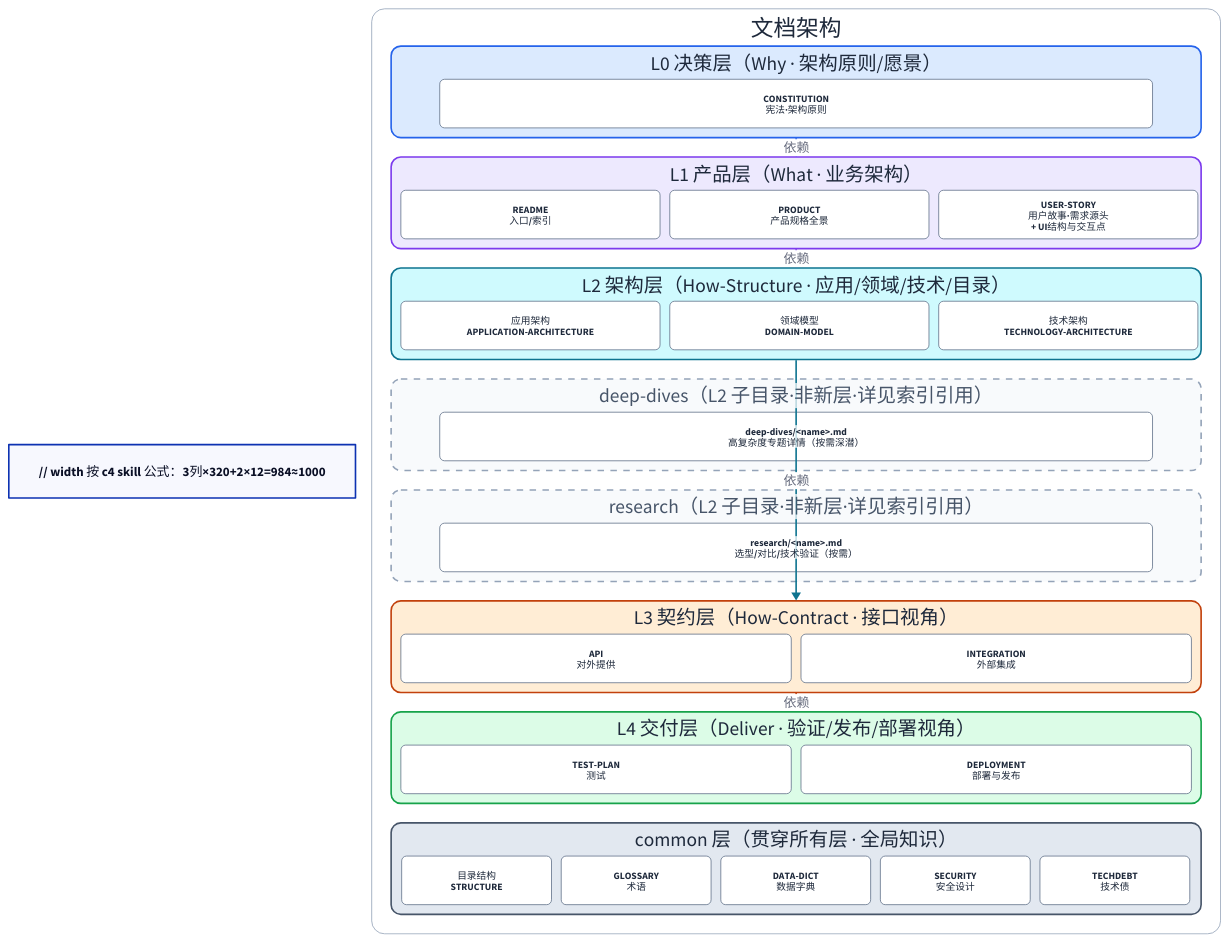
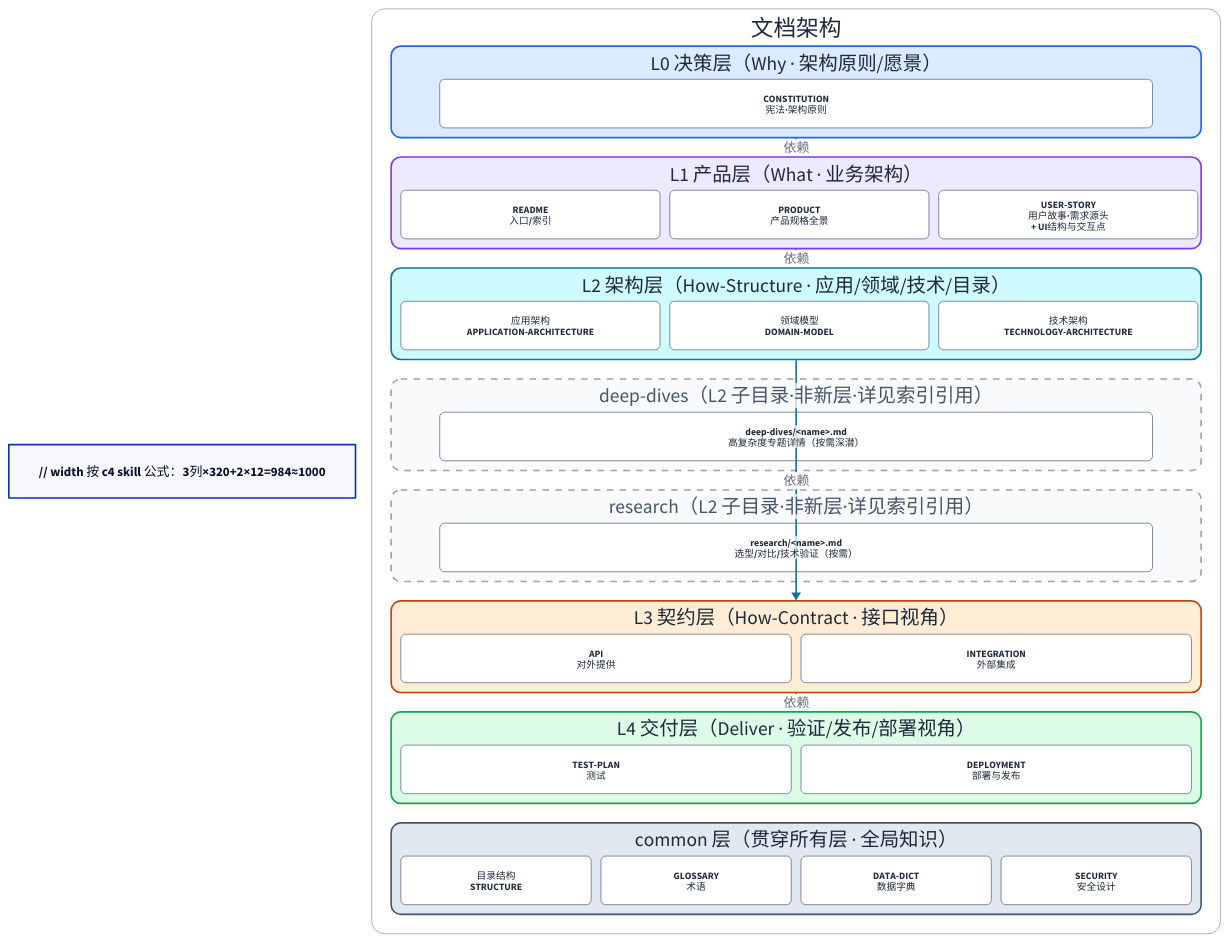
One commit to syllr/skills changed the diagram in skills/doc-arch-rules/references/templates/CONSTITUTION.md. Above: the diagram before and after it, drawn with D2. The commit also changed other lines of this file and 22 other files, not shown here.

First line of the commit message:
feat(doc-arch-rules): 全量质量评分修复 + 补 DATA-DICTIONARY/SECURITY 模板，发布 v0.0.1

```diff
--- a/skills/doc-arch-rules/references/templates/CONSTITUTION.md
+++ b/skills/doc-arch-rules/references/templates/CONSTITUTION.md
@@ -384,13 +386,12 @@
     style.stroke: "#475569"
     style.stroke-width: 2
     style.border-radius: 12
-    grid-columns: 5
+    grid-columns: 4
     grid-gap: 12
-    d11: { label: "目录结构\nSTRUCTURE"; width: 185; height: 60; class: mod }
-    d16: { label: "GLOSSARY\n术语"; width: 185; height: 60; class: mod }
-    d17: { label: "DATA-DICT\n数据字典"; width: 185; height: 60; class: mod }
-    d18: { label: "SECURITY\n安全设计"; width: 185; height: 60; class: mod }
-    d19: { label: "TECHDEBT\n技术债"; width: 185; height: 60; class: mod }
+    d11: { label: "目录结构\nSTRUCTURE"; width: 235; height: 60; class: mod }
+    d16: { label: "GLOSSARY\n术语"; width: 235; height: 60; class: mod }
+    d17: { label: "DATA-DICT\n数据字典"; width: 235; height: 60; class: mod }
+    d18: { label: "SECURITY\n安全设计"; width: 235; height: 60; class: mod }
   }
 }
 
```
